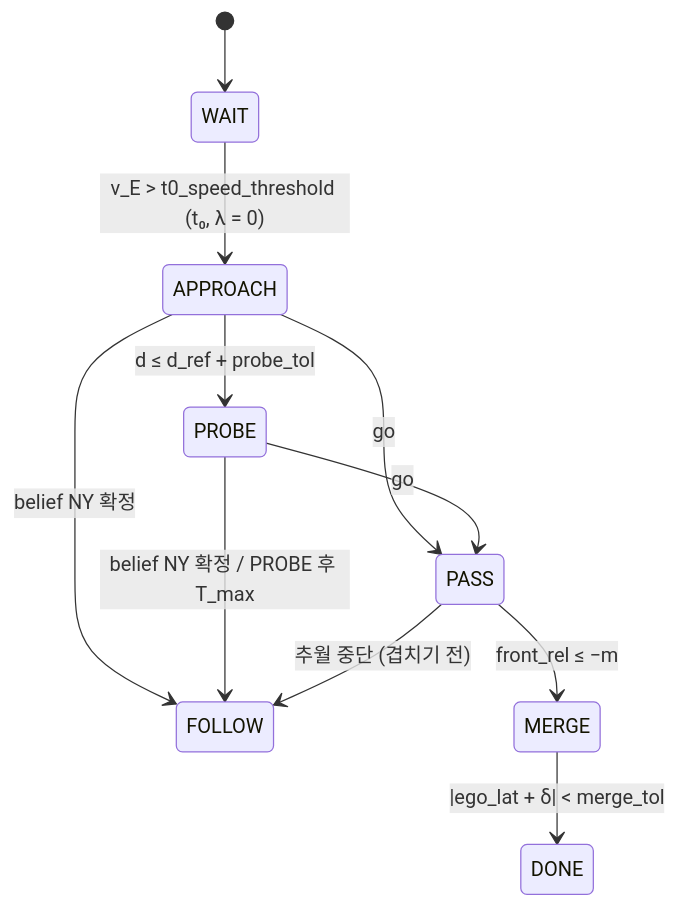
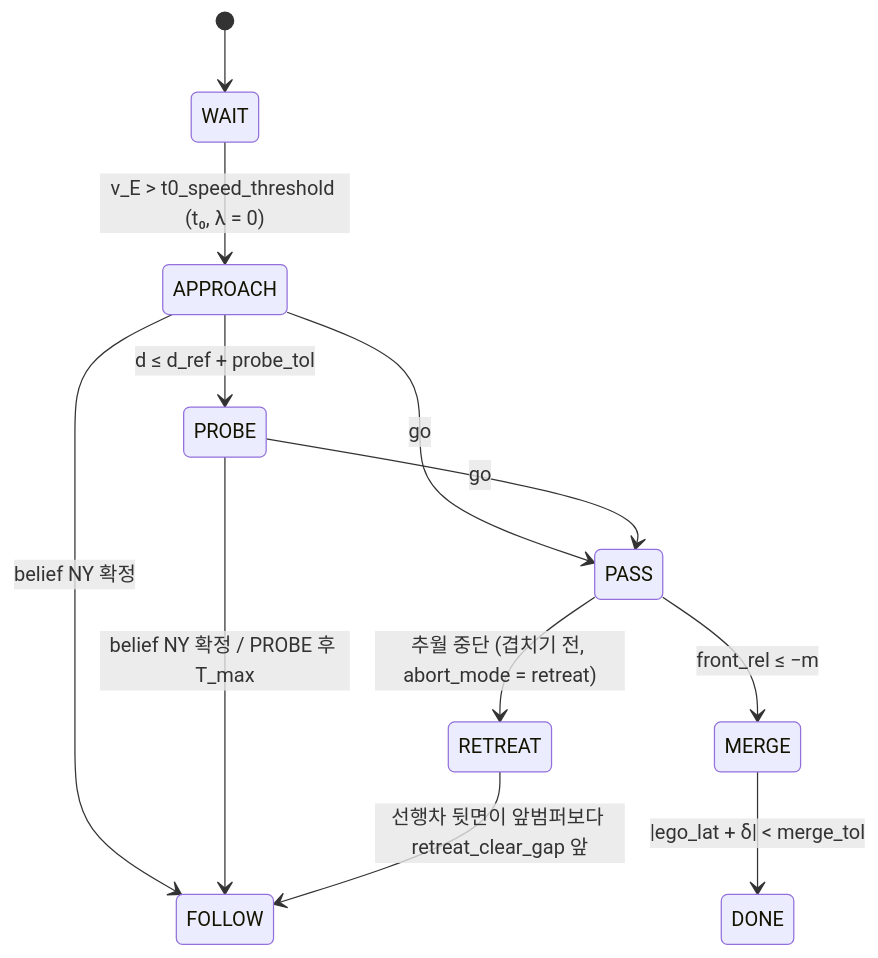
The third of 3 diagrams in docs/PIPELINE.md (SeungBeom046/f1tenth_algo), drawn with Mermaid before and after one commit. The commit also changed other lines of this file and 1 other file, not shown here.

First line of the commit message:
문서: 헤딩 보정 전후 측정, RETREAT, MERGE 끼어들기 문제, 중단 규칙 재설계 제안(측정 수치), PIPELINE 상태 기계 갱신

````diff
--- a/docs/PIPELINE.md
+++ b/docs/PIPELINE.md
@@ -61,13 +61,14 @@
 ```mermaid
 stateDiagram-v2
     [*] --> WAIT
     WAIT --> APPROACH: v_E > t0_speed_threshold (t₀, λ = 0)
     APPROACH --> PROBE: d ≤ d_ref + probe_tol
     APPROACH --> PASS: go
     PROBE --> PASS: go
     APPROACH --> FOLLOW: belief NY 확정
     PROBE --> FOLLOW: belief NY 확정 / PROBE 후 T_max
-    PASS --> FOLLOW: 추월 중단 (겹치기 전)
+    PASS --> RETREAT: 추월 중단 (겹치기 전, abort_mode = retreat)
+    RETREAT --> FOLLOW: 선행차 뒷면이 앞범퍼보다 retreat_clear_gap 앞
     PASS --> MERGE: front_rel ≤ −m
     MERGE --> DONE: |ego_lat + δ| < merge_tol
 ```
````
